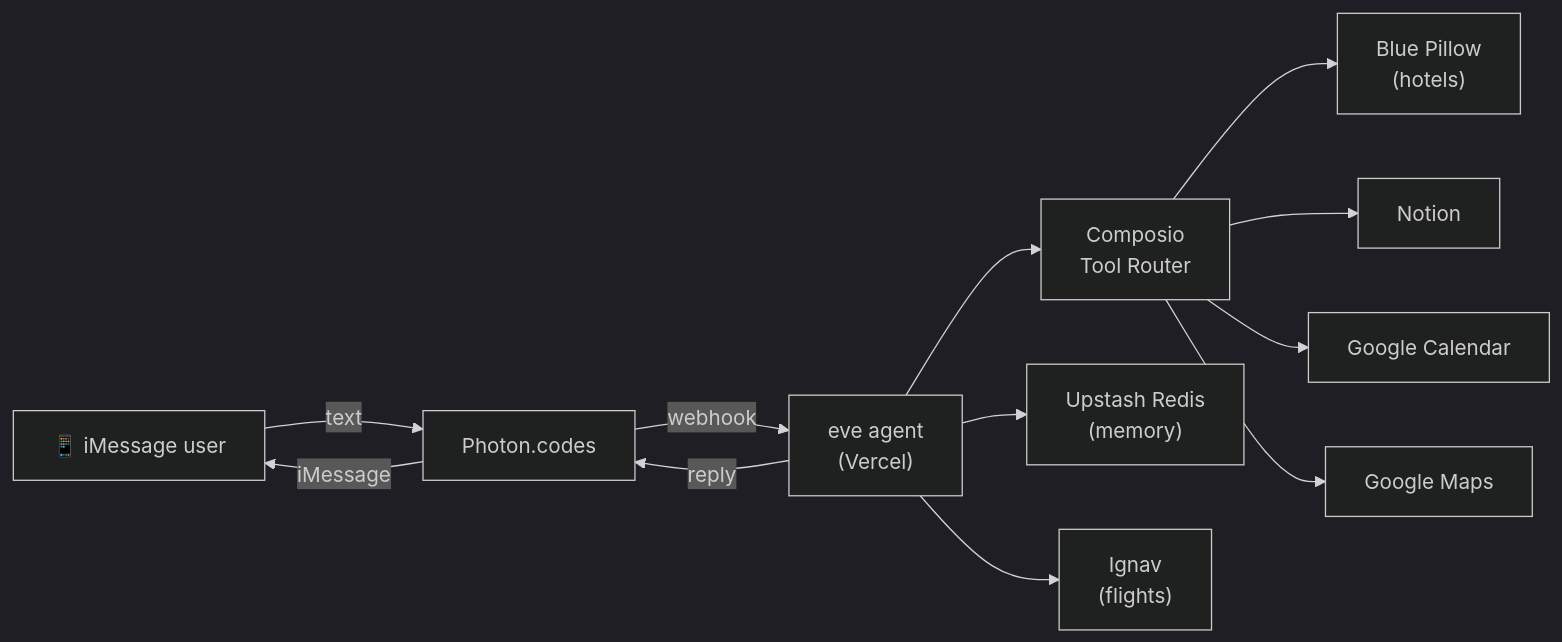
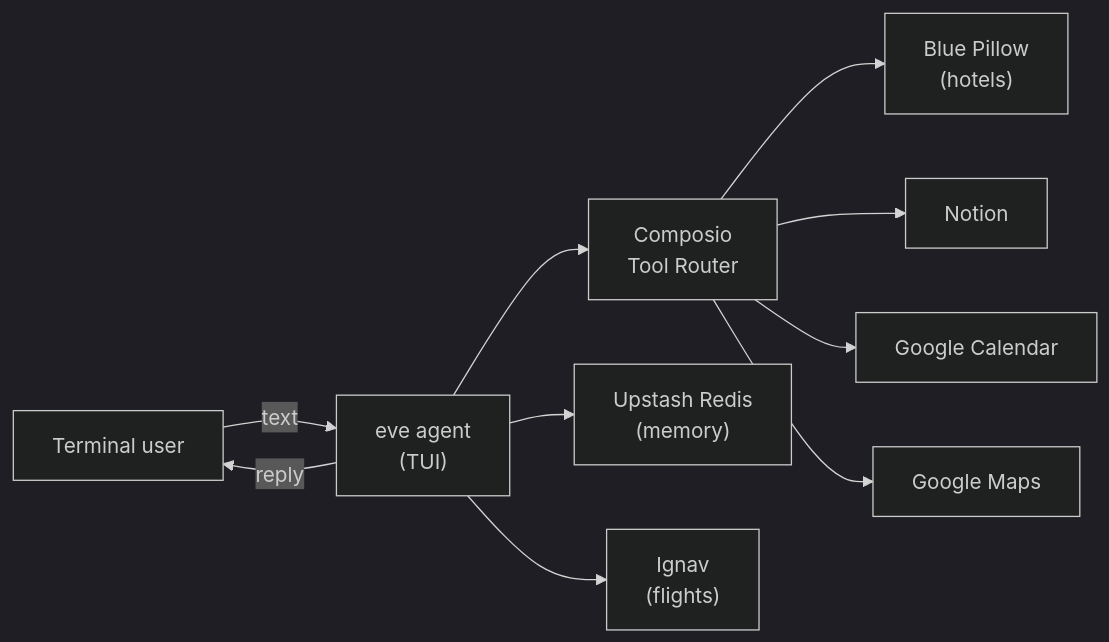
The diagram in README.md (dzulhelmynazri/trippilot), drawn with Mermaid (dark theme) before and after one commit. The commit also changed other lines of this file and 27 other files, not shown here.

````diff
--- a/README.md
+++ b/README.md
@@ -31,25 +31,22 @@
 ```mermaid
 flowchart LR
-  User["📱 iMessage user"]
-  Photon["Photon.codes"]
-  Eve["eve agent\n(Vercel)"]
+  User["Terminal user"]
+  Eve["eve agent\n(TUI)"]
   Composio["Composio\nTool Router"]
   Upstash["Upstash Redis\n(memory)"]
   Ignav["Ignav\n(flights)"]
   Hotels["Blue Pillow\n(hotels)"]
   Notion["Notion"]
   Calendar["Google Calendar"]
   Maps["Google Maps"]
 
-  User -->|text| Photon
-  Photon -->|webhook| Eve
+  User -->|text| Eve
   Eve --> Ignav
   Eve --> Composio
   Eve --> Upstash
   Composio --> Hotels
   Composio --> Notion
   Composio --> Calendar
   Composio --> Maps
-  Eve -->|reply| Photon
-  Photon -->|iMessage| User
+  Eve -->|reply| User
 ```
````
